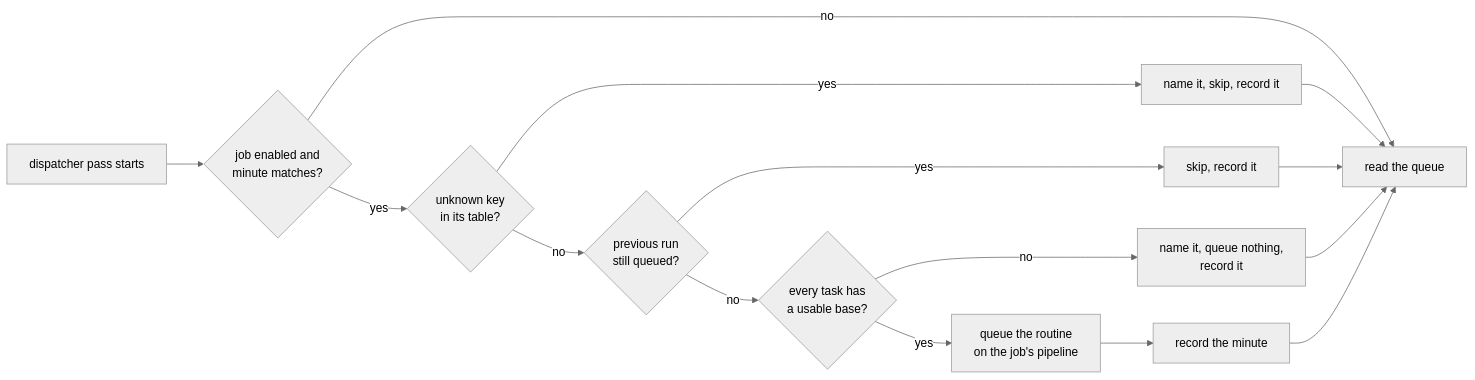
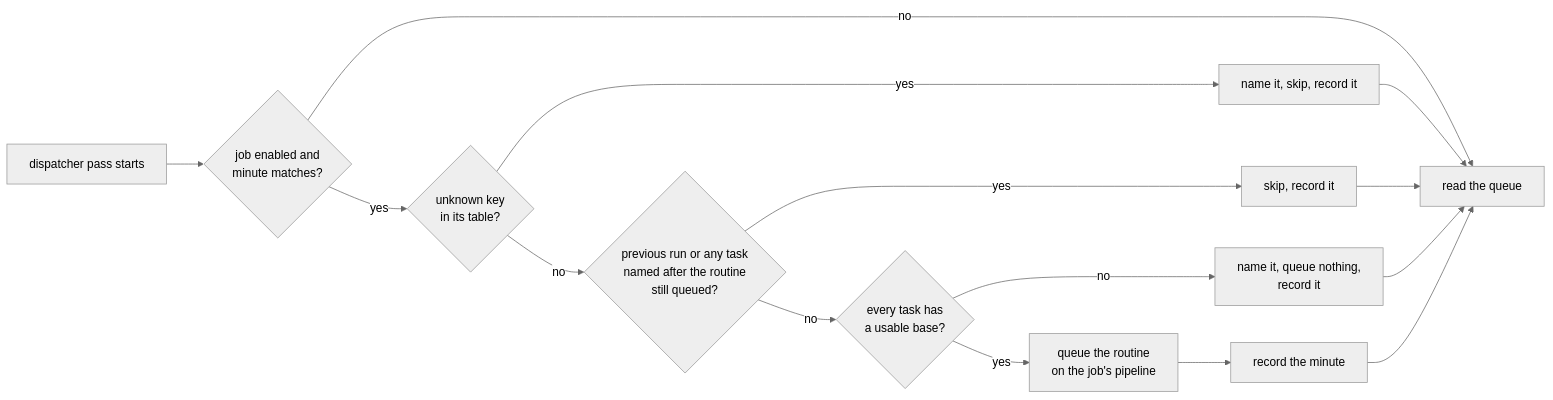
The diagram in docs/jobs.md (marvingygas/spoolway), drawn with Mermaid (neutral theme) before and after one commit. The commit also changed other lines of this file and 5 other files, not shown here.

Commit message:
feat(routines): refuse to queue a routine task that already has a live copy

````diff
--- a/docs/jobs.md
+++ b/docs/jobs.md
@@ -26,12 +26,12 @@
 ```mermaid
 flowchart LR
   A[dispatcher pass starts] --> B{job enabled and<br/>minute matches?}
   B -- no --> E[read the queue]
   B -- yes --> H{unknown key<br/>in its table?}
   H -- yes --> I[name it, skip, record it] --> E
-  H -- no --> C{previous run<br/>still queued?}
+  H -- no --> C{previous run or any task<br/>named after the routine<br/>still queued?}
   C -- yes --> D[skip, record it] --> E
   C -- no --> J{every task has<br/>a usable base?}
   J -- no --> K[name it, queue nothing,<br/>record it] --> E
   J -- yes --> F[queue the routine<br/>on the job's pipeline] --> G[record the minute] --> E
 ```
````
